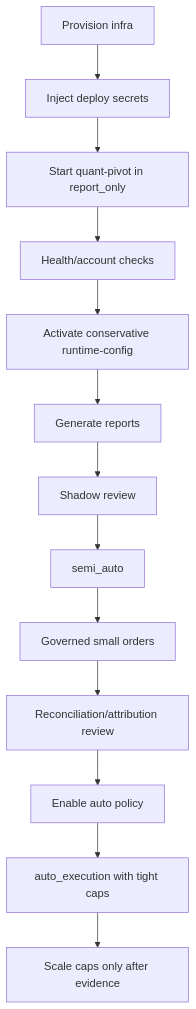
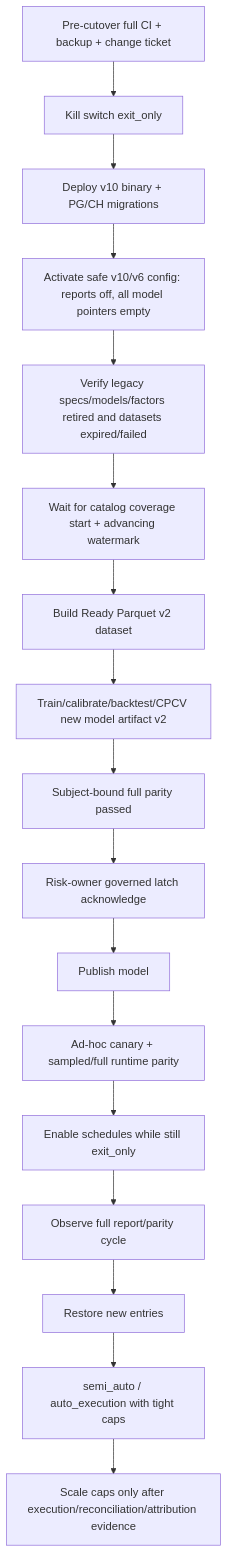
One commit to solomon-ssy/oxide-arb changed diagram 12 of 12 in docs/operations/architecture-and-design.md. Above: the diagram before and after it, drawn with Mermaid. The commit also changed other lines of this file and 463 other files, not shown here.

Commit message:
feat(core,research,models,repository,web,docs): ⚖️ Phase 11.6 — durable training-serving parity, feature integrity gates, and no-silent-zero serving

````diff
--- a/docs/operations/architecture-and-design.md
+++ b/docs/operations/architecture-and-design.md
@@ -733,15 +807,19 @@
 ```mermaid
 flowchart TD
-    A["Provision infra"] --> B["Inject deploy secrets"]
-    B --> C["Start quant-pivot in report_only"]
-    C --> D["Health/account checks"]
-    D --> E["Activate conservative runtime-config"]
-    E --> F["Generate reports"]
-    F --> G["Shadow review"]
-    G --> H["semi_auto"]
-    H --> I["Governed small orders"]
-    I --> J["Reconciliation/attribution review"]
-    J --> K["Enable auto policy"]
-    K --> L["auto_execution with tight caps"]
-    L --> M["Scale caps only after evidence"]
+    A["Pre-cutover full CI + backup + change ticket"] --> B["Kill switch exit_only"]
+    B --> C["Deploy v10 binary + PG/CH migrations"]
+    C --> D["Activate safe v10/v6 config: reports off, all model pointers empty"]
+    D --> E["Verify legacy specs/models/factors retired and datasets expired/failed"]
+    E --> F["Wait for catalog coverage start + advancing watermark"]
+    F --> G["Build Ready Parquet v2 dataset"]
+    G --> H["Train/calibrate/backtest/CPCV new model artifact v2"]
+    H --> I["Subject-bound full parity passed"]
+    I --> J["Risk-owner governed latch acknowledge"]
+    J --> K["Publish model"]
+    K --> L["Ad-hoc canary + sampled/full runtime parity"]
+    L --> M["Enable schedules while still exit_only"]
+    M --> N["Observe full report/parity cycle"]
+    N --> O["Restore new entries"]
+    O --> P["semi_auto / auto_execution with tight caps"]
+    P --> Q["Scale caps only after execution/reconciliation/attribution evidence"]
 ```
````
